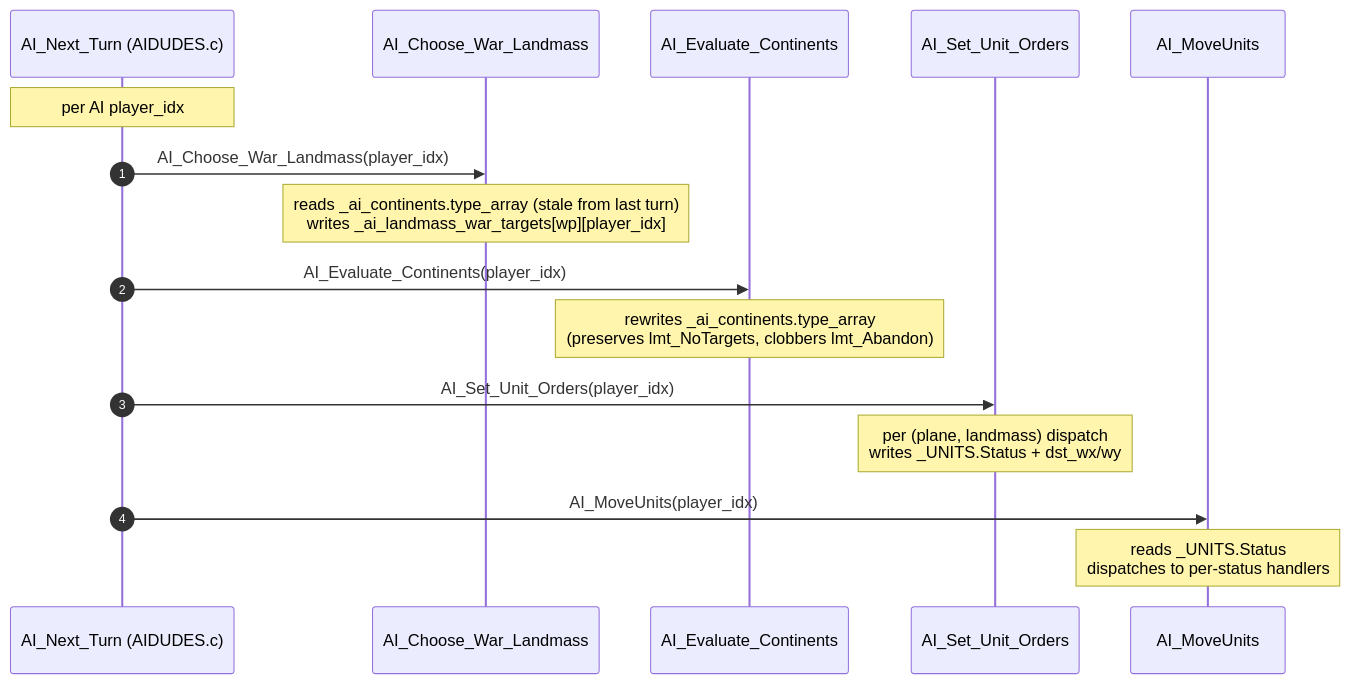
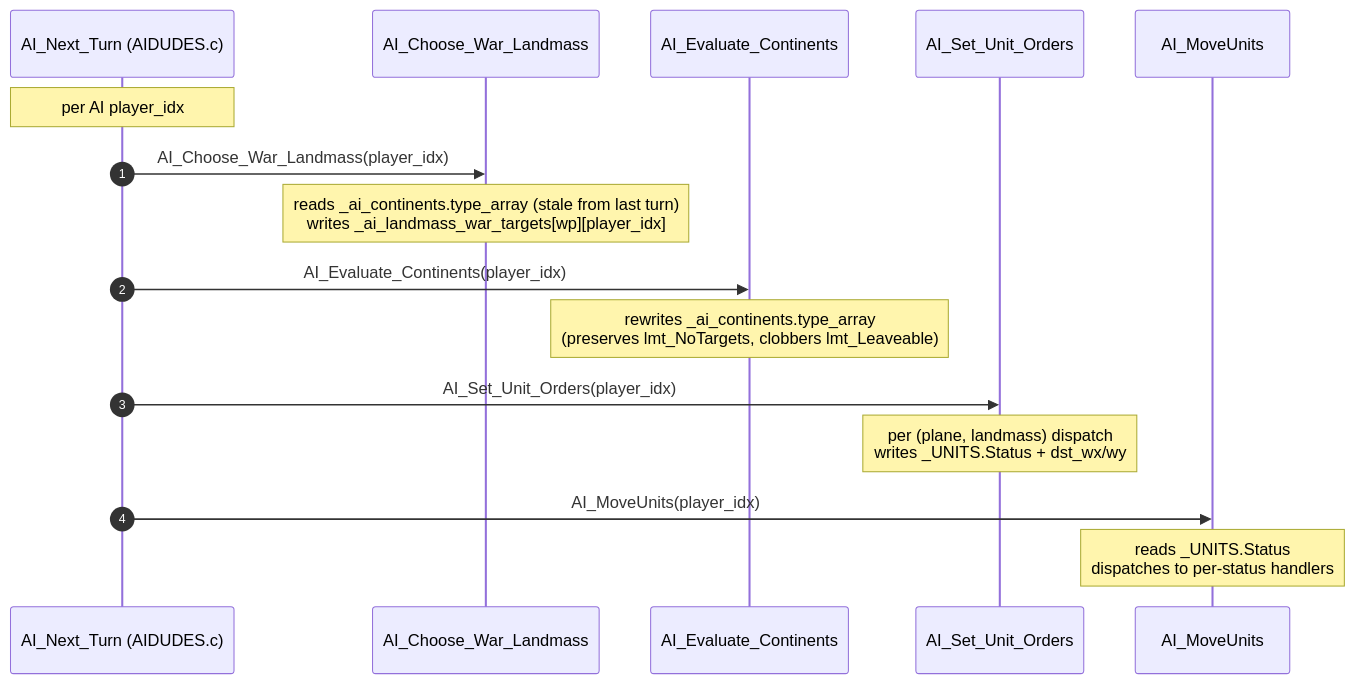
One commit to jbalcomb/ReMoM changed the first of 3 diagrams in doc/ComputerPlayer/AI-Turn-Diagrams.md. Above: the diagram before and after it, drawn with Mermaid. The commit also changed other lines of this file and 25 other files, not shown here.

````diff
--- a/doc/ComputerPlayer/AI-Turn-Diagrams.md
+++ b/doc/ComputerPlayer/AI-Turn-Diagrams.md
@@ -13,19 +13,19 @@
 ```mermaid
 sequenceDiagram
     autonumber
     participant Driver as AI_Next_Turn (AIDUDES.c)
     participant Choose as AI_Choose_War_Landmass
     participant Eval as AI_Evaluate_Continents
     participant Orders as AI_Set_Unit_Orders
     participant Move as AI_MoveUnits
 
     Note over Driver: per AI player_idx
     Driver->>Choose: AI_Choose_War_Landmass(player_idx)
     Note over Choose: reads _ai_continents.type_array (stale from last turn)<br/>writes _ai_landmass_war_targets[wp][player_idx]
     Driver->>Eval: AI_Evaluate_Continents(player_idx)
-    Note over Eval: rewrites _ai_continents.type_array<br/>(preserves lmt_NoTargets, clobbers lmt_Abandon)
+    Note over Eval: rewrites _ai_continents.type_array<br/>(preserves lmt_NoTargets, clobbers lmt_Leaveable)
     Driver->>Orders: AI_Set_Unit_Orders(player_idx)
     Note over Orders: per (plane, landmass) dispatch<br/>writes _UNITS.Status + dst_wx/wy
     Driver->>Move: AI_MoveUnits(player_idx)
     Note over Move: reads _UNITS.Status<br/>dispatches to per-status handlers
 ```
````
